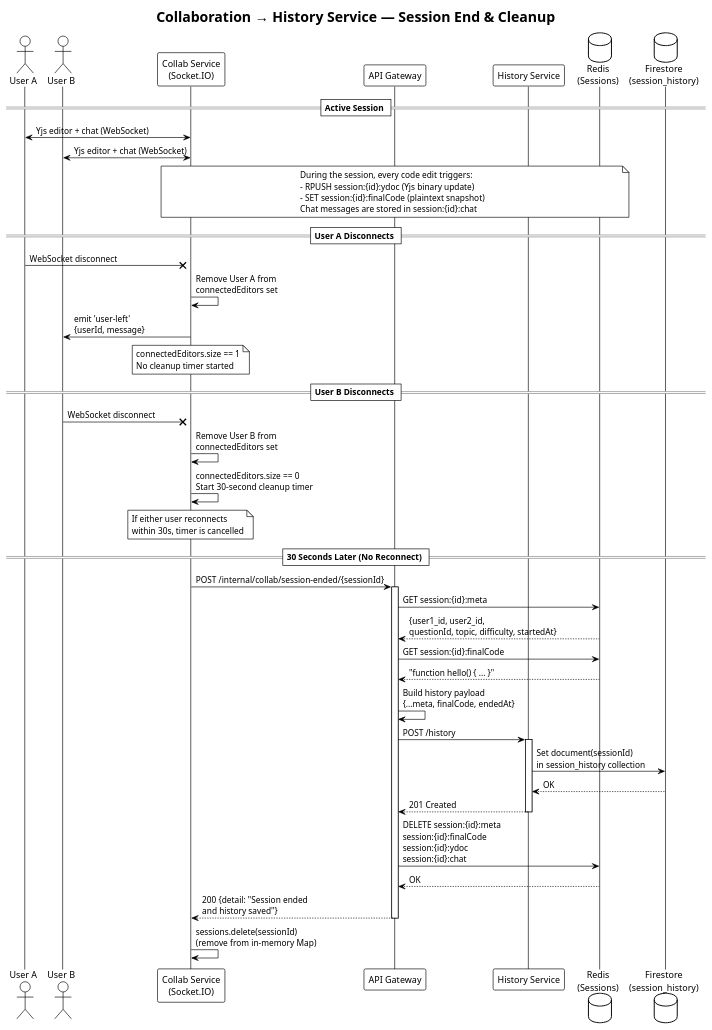
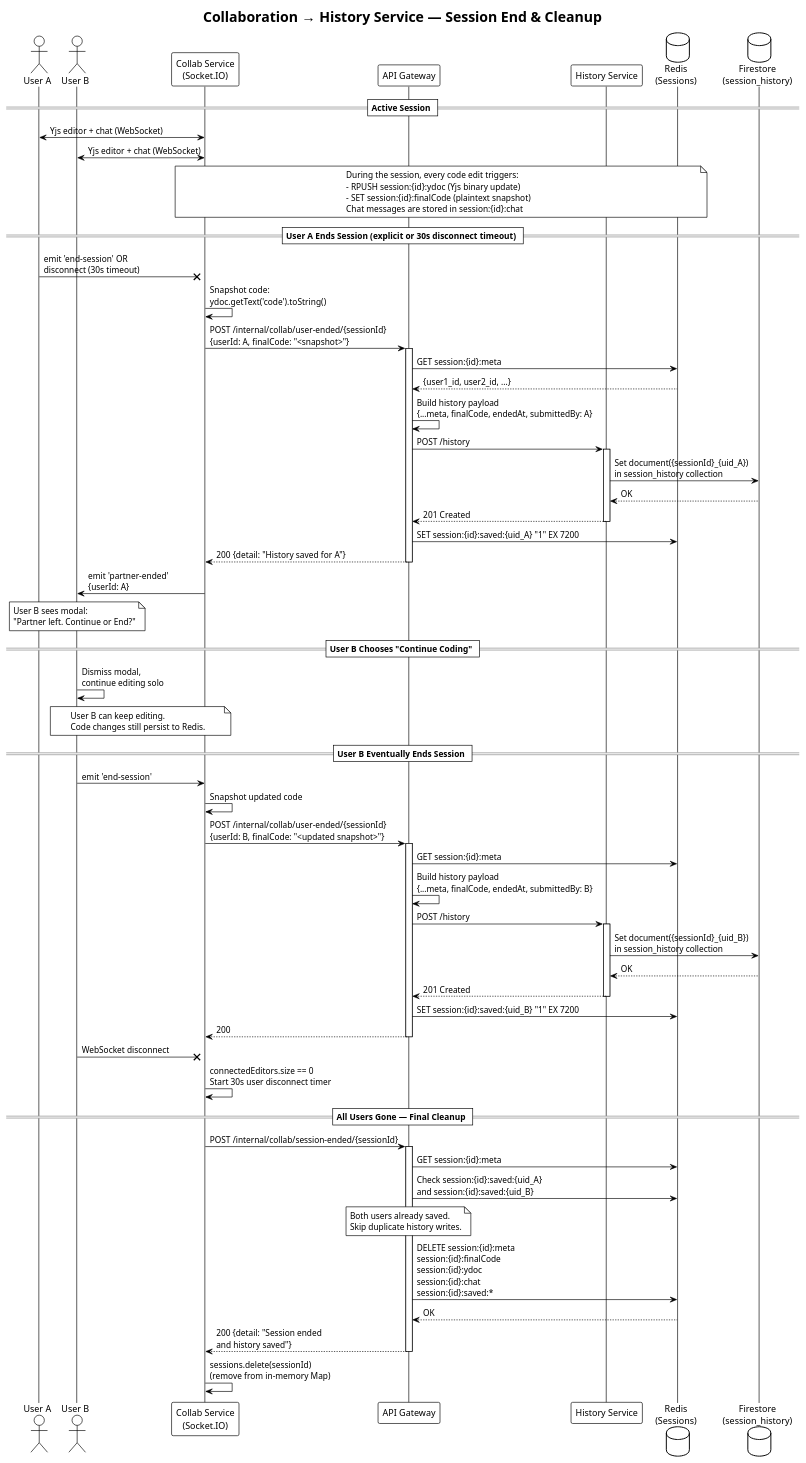
One commit to CS3219-AY2526S2/peerprep-g18 changed the diagram in docs/plantUML/collabToHistory.puml. Above: the diagram before and after it, drawn with PlantUML. The commit also changed 19 other files, not shown here.

```diff
--- a/docs/plantUML/collabToHistory.puml
+++ b/docs/plantUML/collabToHistory.puml
@@ -1,71 +1,97 @@
-@startuml Collaboration to History — Session Cleanup
+@startuml Collaboration to History — Session End & Cleanup
 !theme plain
 skinparam responseMessageBelowArrow true
 
 title Collaboration → History Service — Session End & Cleanup
 
 actor "User A" as UA
 actor "User B" as UB
 participant "Collab Service\n(Socket.IO)" as Collab
 participant "API Gateway" as GW
 participant "History Service" as HS
 database "Redis\n(Sessions)" as Redis
 database "Firestore\n(session_history)" as FS
 
 == Active Session ==
 
 UA <-> Collab: Yjs editor + chat (WebSocket)
 UB <-> Collab: Yjs editor + chat (WebSocket)
 
 note over Collab, Redis
   During the session, every code edit triggers:
   - RPUSH session:{id}:ydoc (Yjs binary update)
   - SET session:{id}:finalCode (plaintext snapshot)
   Chat messages are stored in session:{id}:chat
 end note
 
-== User A Disconnects ==
+== User A Ends Session (explicit or 30s disconnect timeout) ==
 
-UA ->x Collab: WebSocket disconnect
-Collab -> Collab: Remove User A from\nconnectedEditors set
-Collab -> UB: emit 'user-left'\n{userId, message}
+UA ->x Collab: emit 'end-session' OR\ndisconnect (30s timeout)
+Collab -> Collab: Snapshot code:\nydoc.getText('code').toString()
 
-note over Collab: connectedEditors.size == 1\nNo cleanup timer started
+Collab -> GW: POST /internal/collab/user-ended/{sessionId}\n{userId: A, finalCode: "<snapshot>"}
+activate GW
+GW -> Redis: GET session:{id}:meta
+Redis --> GW: {user1_id, user2_id, ...}
+GW -> GW: Build history payload\n{...meta, finalCode, endedAt, submittedBy: A}
+GW -> HS: POST /history
+activate HS
+HS -> FS: Set document({sessionId}_{uid_A})\nin session_history collection
+FS --> HS: OK
+HS --> GW: 201 Created
+deactivate HS
+GW -> Redis: SET session:{id}:saved:{uid_A} "1" EX 7200
+GW --> Collab: 200 {detail: "History saved for A"}
+deactivate GW
 
-== User B Disconnects ==
+Collab -> UB: emit 'partner-ended'\n{userId: A}
+
+note over UB: User B sees modal:\n"Partner left. Continue or End?"
+
+== User B Chooses "Continue Coding" ==
+
+UB -> UB: Dismiss modal,\ncontinue editing solo
+
+note over UB, Collab: User B can keep editing.\nCode changes still persist to Redis.
+
+== User B Eventually Ends Session ==
+
+UB -> Collab: emit 'end-session'
+Collab -> Collab: Snapshot updated code
+
+Collab -> GW: POST /internal/collab/user-ended/{sessionId}\n{userId: B, finalCode: "<updated snapshot>"}
+activate GW
+GW -> Redis: GET session:{id}:meta
+GW -> GW: Build history payload\n{...meta, finalCode, endedAt, submittedBy: B}
+GW -> HS: POST /history
+activate HS
+HS -> FS: Set document({sessionId}_{uid_B})\nin session_history collection
+FS --> HS: OK
+HS --> GW: 201 Created
+deactivate HS
+GW -> Redis: SET session:{id}:saved:{uid_B} "1" EX 7200
+GW --> Collab: 200
+deactivate GW
 
 UB ->x Collab: WebSocket disconnect
-Collab -> Collab: Remove User B from\nconnectedEditors set
-Collab -> Collab: connectedEditors.size == 0\nStart 30-second cleanup timer
+Collab -> Collab: connectedEditors.size == 0\nStart 30s user disconnect timer
 
-note over Collab: If either user reconnects\nwithin 30s, timer is cancelled
-
-== 30 Seconds Later (No Reconnect) ==
+== All Users Gone — Final Cleanup ==
 
 Collab -> GW: POST /internal/collab/session-ended/{sessionId}
 activate GW
 
 GW -> Redis: GET session:{id}:meta
-Redis --> GW: {user1_id, user2_id,\nquestionId, topic, difficulty, startedAt}
+GW -> Redis: Check session:{id}:saved:{uid_A}\nand session:{id}:saved:{uid_B}
 
-GW -> Redis: GET session:{id}:finalCode
-Redis --> GW: "function hello() { ... }"
+note over GW: Both users already saved.\nSkip duplicate history writes.
 
-GW -> GW: Build history payload\n{...meta, finalCode, endedAt}
-
-GW -> HS: POST /history
-activate HS
-HS -> FS: Set document(sessionId)\nin session_history collection
-FS --> HS: OK
-HS --> GW: 201 Created
-deactivate HS
-
-GW -> Redis: DELETE session:{id}:meta\nsession:{id}:finalCode\nsession:{id}:ydoc\nsession:{id}:chat
+GW -> Redis: DELETE session:{id}:meta\nsession:{id}:finalCode\nsession:{id}:ydoc\nsession:{id}:chat\nsession:{id}:saved:*
 Redis --> GW: OK
 
 GW --> Collab: 200 {detail: "Session ended\nand history saved"}
 deactivate GW
 
 Collab -> Collab: sessions.delete(sessionId)\n(remove from in-memory Map)
 
 @enduml
```
